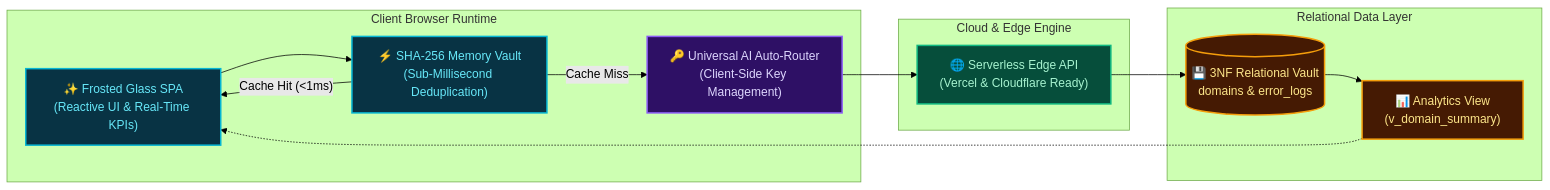
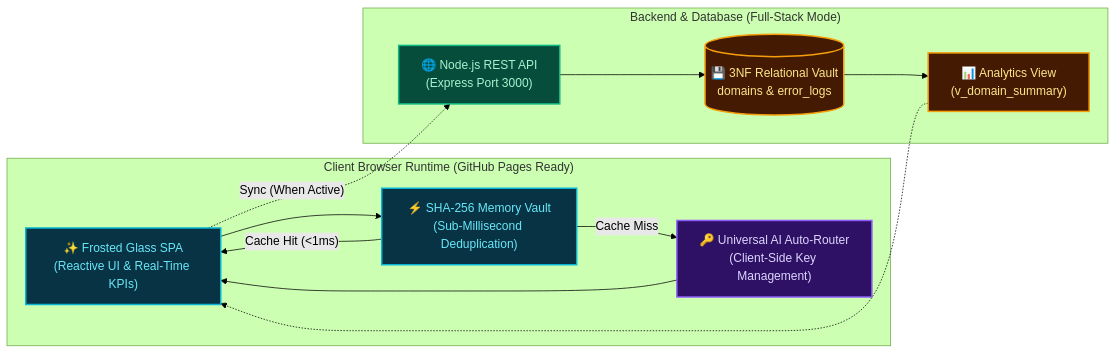
Before and after one commit to mhkh361/Tracevault: the diagram in README.md, drawn with Mermaid (forest theme). The commit also changed other lines of this file and 4 other files, not shown here.

Commit message:
feat: enable GitHub Pages deployment and clean architecture documentation

````diff
--- a/README.md
+++ b/README.md
@@ -47,35 +51,33 @@
 ```mermaid
 flowchart LR
-  subgraph Client ["Client Browser Runtime"]
+  subgraph Client ["Client Browser Runtime (GitHub Pages Ready)"]
     UI["✨ Frosted Glass SPA<br/>(Reactive UI & Real-Time KPIs)"]
     MEM["⚡ SHA-256 Memory Vault<br/>(Sub-Millisecond Deduplication)"]
     KEY["🔑 Universal AI Auto-Router<br/>(Client-Side Key Management)"]
   end
 
-  subgraph Edge ["Cloud & Edge Engine"]
-    EDGE["🌐 Serverless Edge API<br/>(Vercel & Cloudflare Ready)"]
-  end
-
-  subgraph Storage ["Relational Data Layer"]
+  subgraph Backend ["Backend & Database (Full-Stack Mode)"]
+    SRV["🌐 Node.js REST API<br/>(Express Port 3000)"]
     DB[("💾 3NF Relational Vault<br/>domains & error_logs")]
     VIEW["📊 Analytics View<br/>(v_domain_summary)"]
   end
 
   UI --> MEM
   MEM -- "Cache Miss" --> KEY
-  KEY --> EDGE
-  EDGE --> DB
+  KEY --> UI
+  UI -. "Sync (When Active)" .-> SRV
+  SRV --> DB
   DB --> VIEW
   VIEW -.-> UI
   MEM -- "Cache Hit (<1ms)" --> UI
 
   classDef emerald fill:#064e3b,stroke:#10b981,stroke-width:2px,color:#a7f3d0;
   classDef cyan fill:#083344,stroke:#06b6d4,stroke-width:2px,color:#67e8f9;
   classDef violet fill:#2e1065,stroke:#8b5cf6,stroke-width:2px,color:#ddd6fe;
   classDef amber fill:#451a03,stroke:#f59e0b,stroke-width:2px,color:#fde68a;
 
   class UI,MEM cyan;
   class KEY violet;
-  class EDGE emerald;
+  class SRV emerald;
   class DB,VIEW amber;
 ```
````
